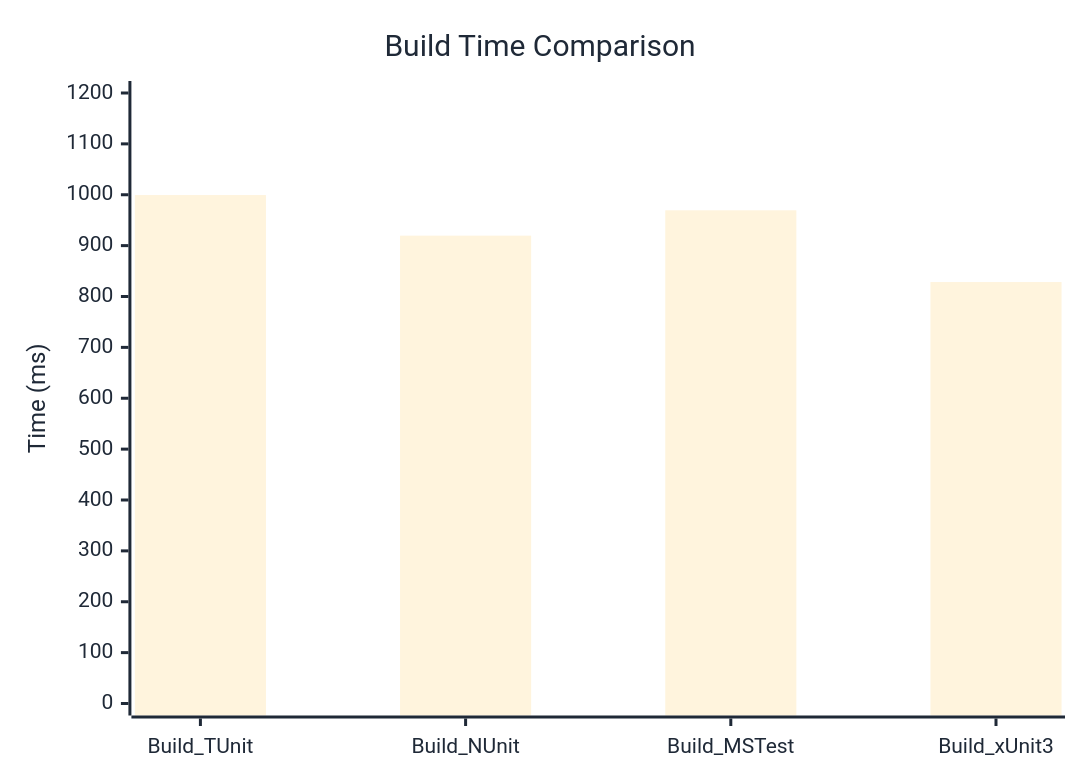
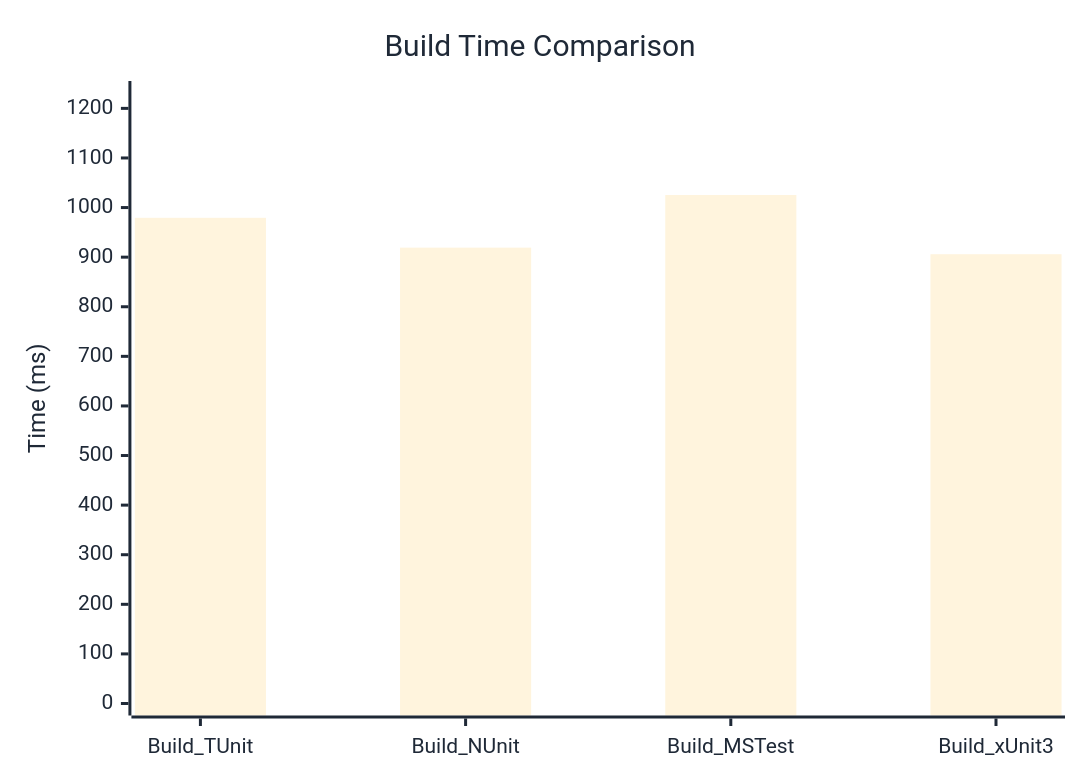
One commit to thomhurst/TUnit changed the diagram in docs/docs/benchmarks/engine/BuildTime.md. Above: the diagram before and after it, drawn with Mermaid. The commit also changed other lines of this file and 18 other files, not shown here.

````diff
--- a/docs/docs/benchmarks/engine/BuildTime.md
+++ b/docs/docs/benchmarks/engine/BuildTime.md
@@ -30,37 +30,37 @@
 ```mermaid
 %%{init: {
   'theme':'base',
   'themeVariables': {
     'primaryColor': '#2563eb',
     'primaryTextColor': '#1f2937',
     'primaryBorderColor': '#1e40af',
     'lineColor': '#6b7280',
     'secondaryColor': '#7c3aed',
     'tertiaryColor': '#dc2626',
     'background': '#ffffff',
     'mainBkg': '#2563eb',
     'secondBkg': '#7c3aed',
     'tertiaryBkg': '#dc2626',
     'clusterBkg': '#f3f4f6',
     'edgeLabelBackground': '#ffffff',
     'tertiaryTextColor': '#1f2937',
     'pie1': '#2563eb',
     'pie2': '#7c3aed',
     'pie3': '#dc2626',
     'pie4': '#f59e0b',
     'pie5': '#10b981',
     'pie6': '#06b6d4',
     'pie7': '#ec4899',
     'pie8': '#6366f1',
     'pie9': '#84cc16',
     'pie10': '#f97316',
     'pie11': '#14b8a6',
     'pie12': '#a855f7'
   }
 }}%%
 xychart-beta
   title "Build Time Comparison"
   x-axis ["Build_TUnit", "Build_NUnit", "Build_MSTest", "Build_xUnit3"]
-  y-axis "Time (ms)" 0 --> 1200
-  bar [999.4, 919.6, 969.4, 828.4]
+  y-axis "Time (ms)" 0 --> 1231
+  bar [979.3, 919.2, 1025.3, 905.9]
 ```
````
